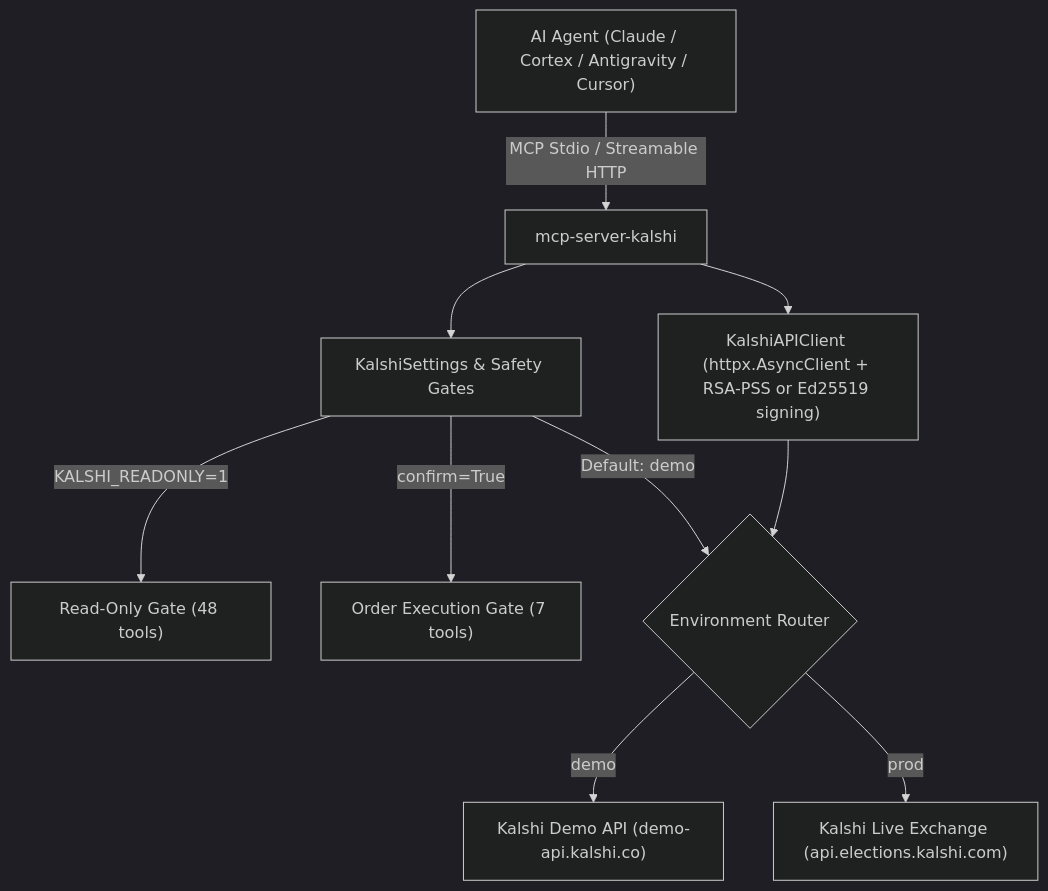
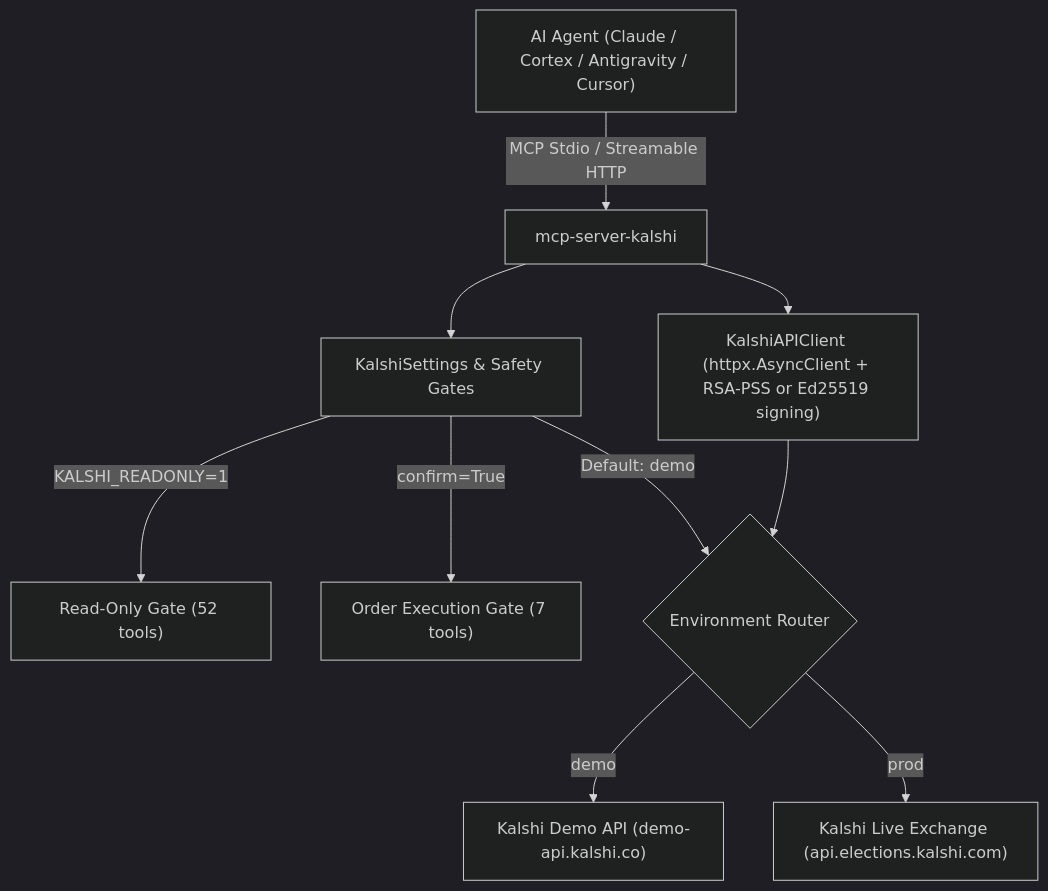
Before and after one commit to christianclaudio/mcp-server-kalshi: the diagram in README.md, drawn with Mermaid (dark theme). The commit also changed other lines of this file and 12 other files, not shown here.

````diff
--- a/README.md
+++ b/README.md
@@ -11,12 +11,12 @@
 ```mermaid
 graph TD
     Client["AI Agent (Claude / Cortex / Antigravity / Cursor)"] -->|"MCP Stdio / Streamable HTTP"| Server["mcp-server-kalshi"]
     Server --> Config["KalshiSettings & Safety Gates"]
-    Config -->|"KALSHI_READONLY=1"| RO["Read-Only Gate (48 tools)"]
+    Config -->|"KALSHI_READONLY=1"| RO["Read-Only Gate (52 tools)"]
     Config -->|"confirm=True"| Mutating["Order Execution Gate (7 tools)"]
     Config -->|"Default: demo"| EnvSelect{"Environment Router"}
     EnvSelect -->|"demo"| DemoAPI["Kalshi Demo API (demo-api.kalshi.co)"]
     EnvSelect -->|"prod"| ProdAPI["Kalshi Live Exchange (api.elections.kalshi.com)"]
     Server --> ClientPool["KalshiAPIClient (httpx.AsyncClient + RSA-PSS or Ed25519 signing)"]
     ClientPool --> EnvSelect
 ```
````
